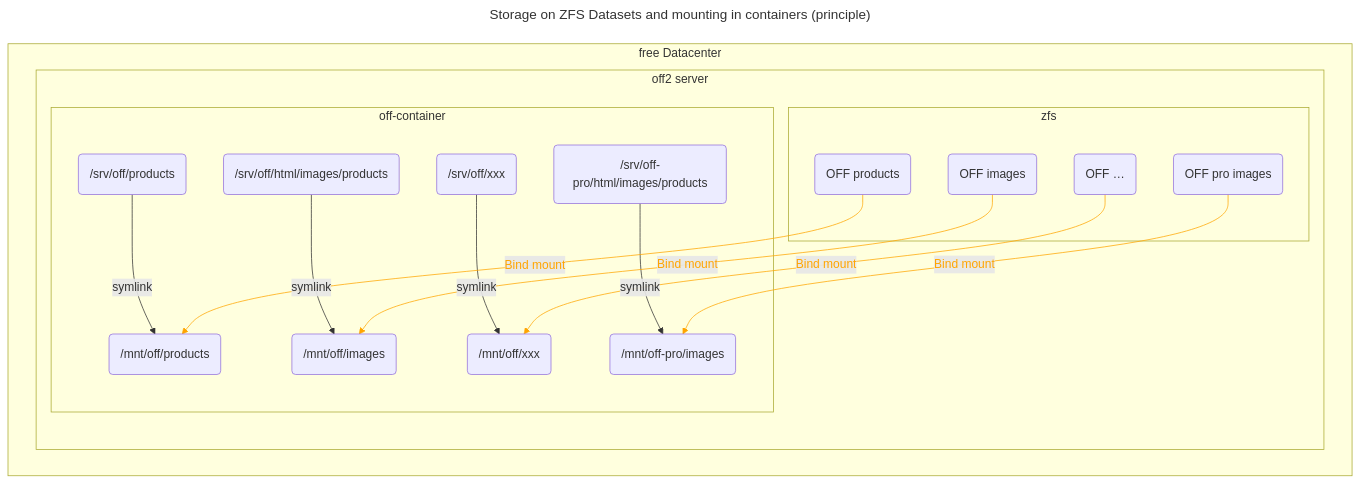
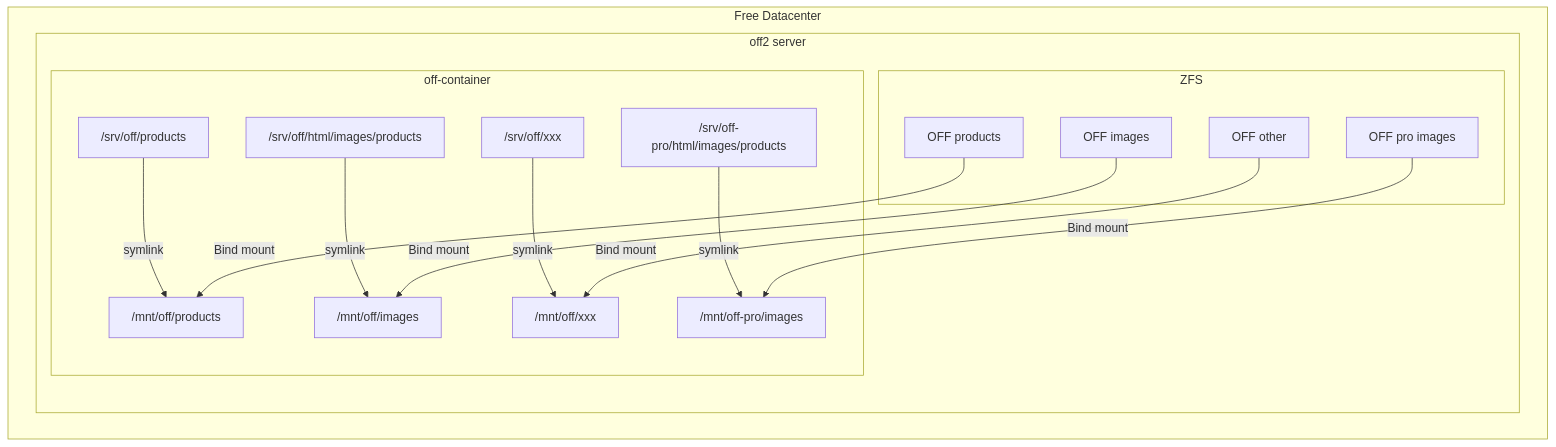
One commit to openfoodfacts/openfoodfacts-documentation changed the first of 2 diagrams in content/docs/Infra/architecture/prod-architecture.mdx. Above: the diagram before and after it, drawn with Mermaid. The commit also changed other lines of this file and 13 other files, not shown here.

````diff
--- a/content/docs/Infra/architecture/prod-architecture.mdx
+++ b/content/docs/Infra/architecture/prod-architecture.mdx
@@ -309,27 +313,23 @@
-```mermaid
----
-title: Storage on ZFS Datasets and mounting in containers (principle)
----
+```mermaid title="Storage on ZFS Datasets and mounting in containers (principle)"
 flowchart TD
-    subgraph free Datacenter
-        subgraph off2 server
-            subgraph off-container
-                srv-off-products(/srv/off/products) --> |symlink| mnt-off-products
-                srv-off-images(/srv/off/html/images/products) --> |symlink| mnt-off-images
-                srv-off-other(/srv/off/xxx) --> |symlink| mnt-off-other
-                srv-off-pro-images(/srv/off-pro/html/images/products) --> |symlink| mnt-off-pro-images
+    subgraph freeDC["Free Datacenter"]
+        subgraph off2["off2 server"]
+            subgraph container["off-container"]
+                srvProducts["/srv/off/products"] --> |symlink| mntProducts["/mnt/off/products"]
+                srvImages["/srv/off/html/images/products"] --> |symlink| mntImages["/mnt/off/images"]
+                srvOther["/srv/off/xxx"] --> |symlink| mntOther["/mnt/off/xxx"]
+                srvProImages["/srv/off-pro/html/images/products"] --> |symlink| mntProImages["/mnt/off-pro/images"]
             end
-            subgraph zfs
-                OFF2products(OFF products)
-                OFF2images(OFF images)
-                OFF2other(OFF …)
-                OFF2ProImages(OFF pro images)
-                OFF2products --> |Bind mount| mnt-off-products(/mnt/off/products)
-                OFF2images --> |Bind mount| mnt-off-images(/mnt/off/images)
-                OFF2other  --> |Bind mount| mnt-off-other(/mnt/off/xxx)
-                OFF2ProImages --> |Bind mount| mnt-off-pro-images(/mnt/off-pro/images)
-                linkStyle 4,5,6,7 color:orange,stroke:orange;
+            subgraph zfs["ZFS"]
+                OFF2products["OFF products"]
+                OFF2images["OFF images"]
+                OFF2other["OFF other"]
+                OFF2ProImages["OFF pro images"]
+                OFF2products --> |Bind mount| mntProducts
+                OFF2images --> |Bind mount| mntImages
+                OFF2other --> |Bind mount| mntOther
+                OFF2ProImages --> |Bind mount| mntProImages
             end
         end
     end
 ```
````
